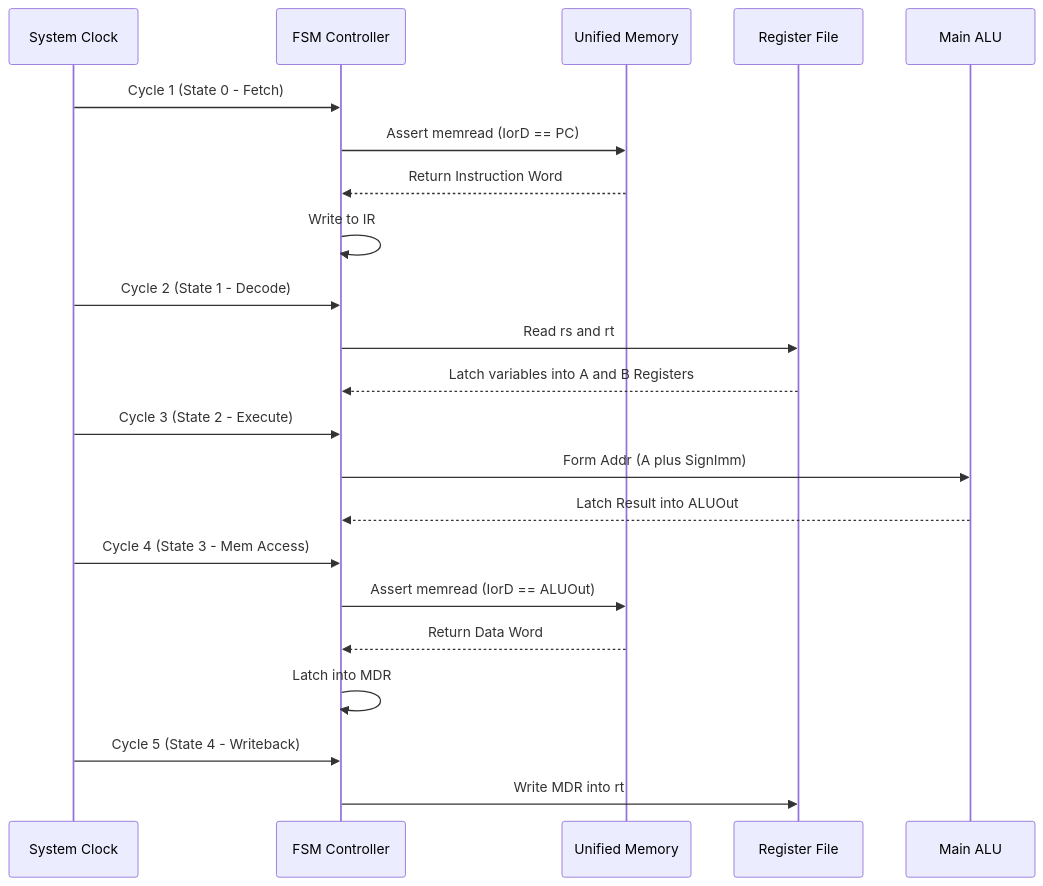
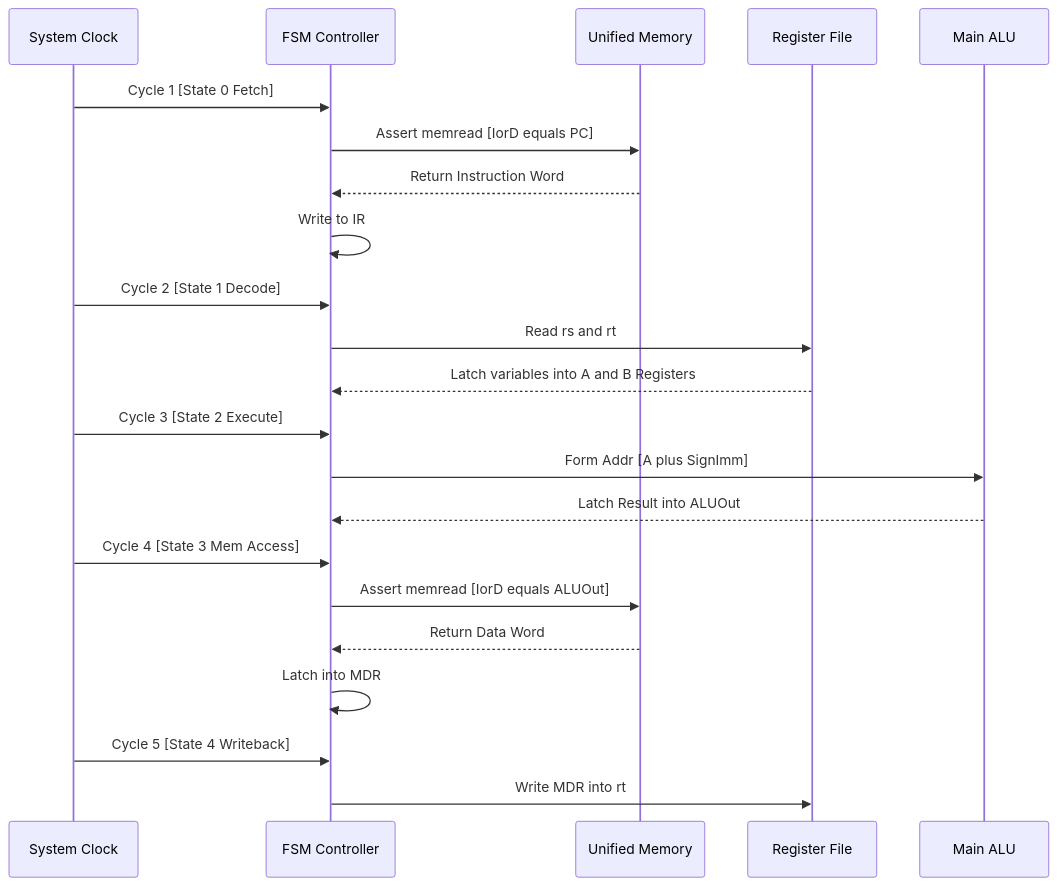
Before and after one commit to robmarano/robmarano.github.io: the diagram in courses/ece251/2026/weeks/week_10/notes_week_10.md, drawn with Mermaid.

Commit message:
Fix mermaid sequence syntax removing parenthesis entirely

````diff
--- a/courses/ece251/2026/weeks/week_10/notes_week_10.md
+++ b/courses/ece251/2026/weeks/week_10/notes_week_10.md
@@ -77,29 +77,29 @@
 ```mermaid
 sequenceDiagram
     participant Clock as System Clock
     participant Control as FSM Controller
     participant Mem as Unified Memory
     participant RF as Register File
     participant ALU as Main ALU
     
-    Clock->>Control: Cycle 1 (State 0 - Fetch)
-    Control->>Mem: Assert memread (IorD == PC)
+    Clock->>Control: Cycle 1 [State 0 Fetch]
+    Control->>Mem: Assert memread [IorD equals PC]
     Mem-->>Control: Return Instruction Word
     Control->>Control: Write to IR
     
-    Clock->>Control: Cycle 2 (State 1 - Decode)
+    Clock->>Control: Cycle 2 [State 1 Decode]
     Control->>RF: Read rs and rt
     RF-->>Control: Latch variables into A and B Registers
     
-    Clock->>Control: Cycle 3 (State 2 - Execute)
-    Control->>ALU: Form Addr (A plus SignImm)
+    Clock->>Control: Cycle 3 [State 2 Execute]
+    Control->>ALU: Form Addr [A plus SignImm]
     ALU-->>Control: Latch Result into ALUOut
     
-    Clock->>Control: Cycle 4 (State 3 - Mem Access)
-    Control->>Mem: Assert memread (IorD == ALUOut)
+    Clock->>Control: Cycle 4 [State 3 Mem Access]
+    Control->>Mem: Assert memread [IorD equals ALUOut]
     Mem-->>Control: Return Data Word
     Control->>Control: Latch into MDR
     
-    Clock->>Control: Cycle 5 (State 4 - Writeback)
+    Clock->>Control: Cycle 5 [State 4 Writeback]
     Control->>RF: Write MDR into rt
 ```
````
